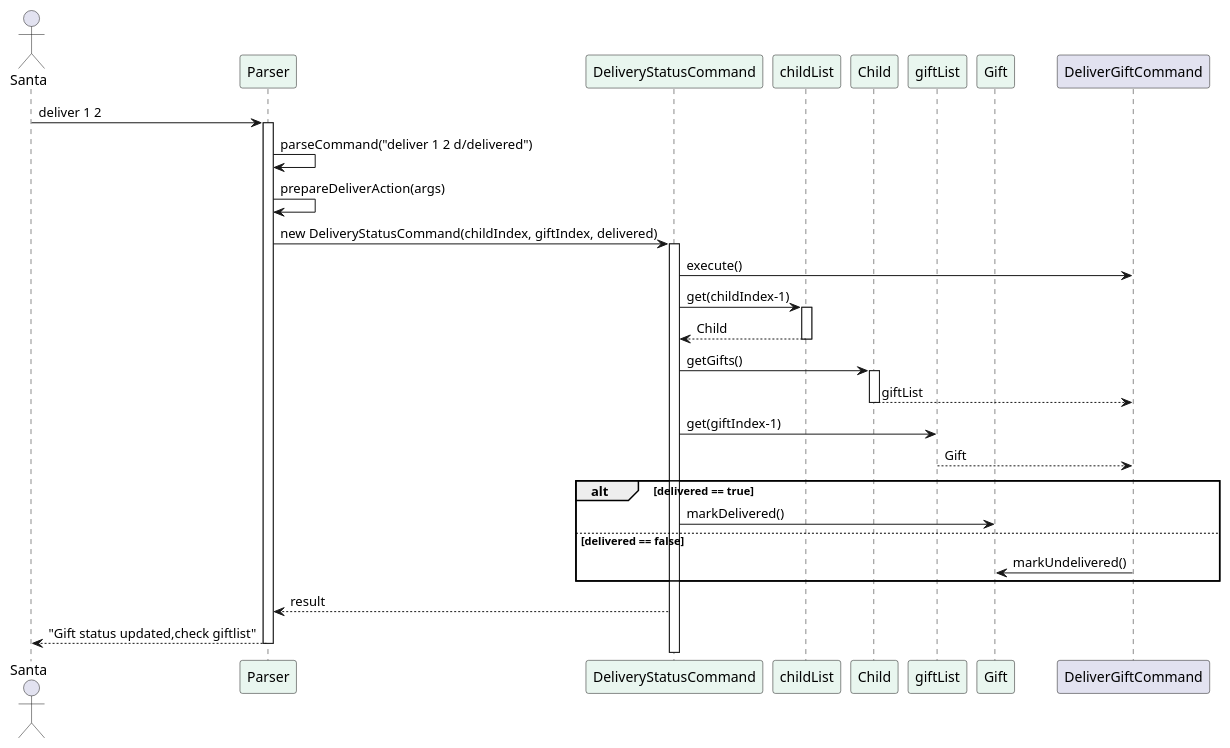
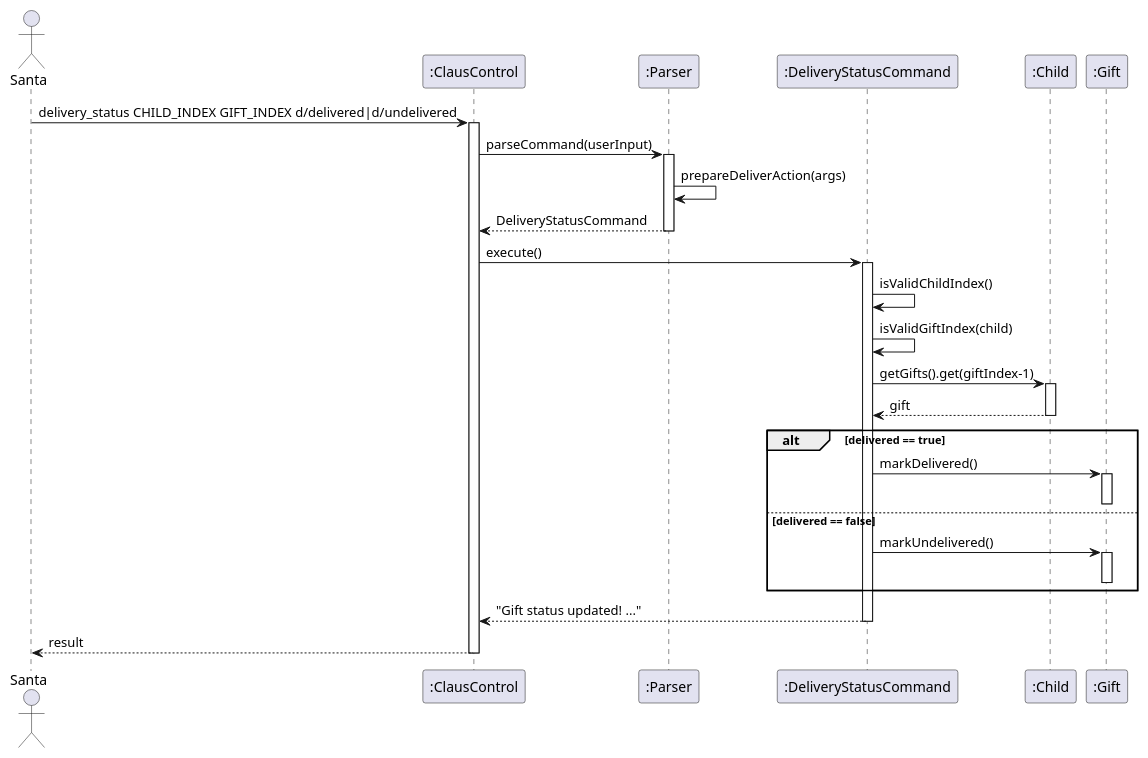
Before and after one commit to shrabasti-c/tp: the diagram in docs/diagrams/DeliveryStatusSequenceDiagram.puml, drawn with PlantUML. The commit also changed 20 other files, not shown here.

Commit message:
Fix UML diagrams and fix bug in degift command

```diff
--- a/docs/diagrams/DeliveryStatusSequenceDiagram.puml
+++ b/docs/diagrams/DeliveryStatusSequenceDiagram.puml
@@ -1,47 +1,44 @@
 @startuml
+actor Santa
+participant ":ClausControl" as CC
+participant ":Parser" as Parser
+participant ":DeliveryStatusCommand" as DSC
+participant ":Child" as Child
+participant ":Gift" as Gift
 
-actor Santa
-participant Parser #E9F6EF
-participant DeliveryStatusCommand #E9F6EF
-participant childList #E9F6EF
-participant Child #E9F6EF
-participant giftList #E9F6EF
-participant Gift #E9F6EF
+Santa -> CC : delivery_status CHILD_INDEX GIFT_INDEX d/delivered|d/undelivered
+activate CC
 
-Santa -> Parser : deliver 1 2
+CC -> Parser : parseCommand(userInput)
 activate Parser
+Parser -> Parser : prepareDeliverAction(args)
+Parser --> CC : DeliveryStatusCommand
+deactivate Parser
 
-Parser -> Parser : parseCommand("deliver 1 2 d/delivered")
-Parser -> Parser : prepareDeliverAction(args)
-Parser -> DeliveryStatusCommand : new DeliveryStatusCommand(childIndex, giftIndex, delivered)
+CC -> DSC : execute()
+activate DSC
 
-activate DeliveryStatusCommand
-
-DeliveryStatusCommand -> DeliverGiftCommand : execute()
-
-DeliveryStatusCommand -> childList : get(childIndex-1)
-activate childList
-childList --> DeliveryStatusCommand : Child
-deactivate childList
-
-DeliveryStatusCommand -> Child : getGifts()
+DSC -> DSC : isValidChildIndex()
+DSC -> DSC : isValidGiftIndex(child)
+DSC -> Child : getGifts().get(giftIndex-1)
 activate Child
-Child --> DeliverGiftCommand : giftList
+Child --> DSC : gift
 deactivate Child
 
-DeliveryStatusCommand -> giftList : get(giftIndex-1)
-giftList --> DeliverGiftCommand : Gift
-
 alt delivered == true
-    DeliveryStatusCommand -> Gift : markDelivered()
+    DSC -> Gift : markDelivered()
+    activate Gift
+    deactivate Gift
 else delivered == false
-    DeliverGiftCommand -> Gift : markUndelivered()
+    DSC -> Gift : markUndelivered()
+    activate Gift
+    deactivate Gift
 end
 
-DeliveryStatusCommand --> Parser : result
-deactivate DeliverGiftCommand
+DSC --> CC : "Gift status updated! ..."
+deactivate DSC
 
-Parser --> Santa : "Gift status updated,check giftlist"
-deactivate Parser
+CC --> Santa : result
+deactivate CC
 
 @enduml
```
